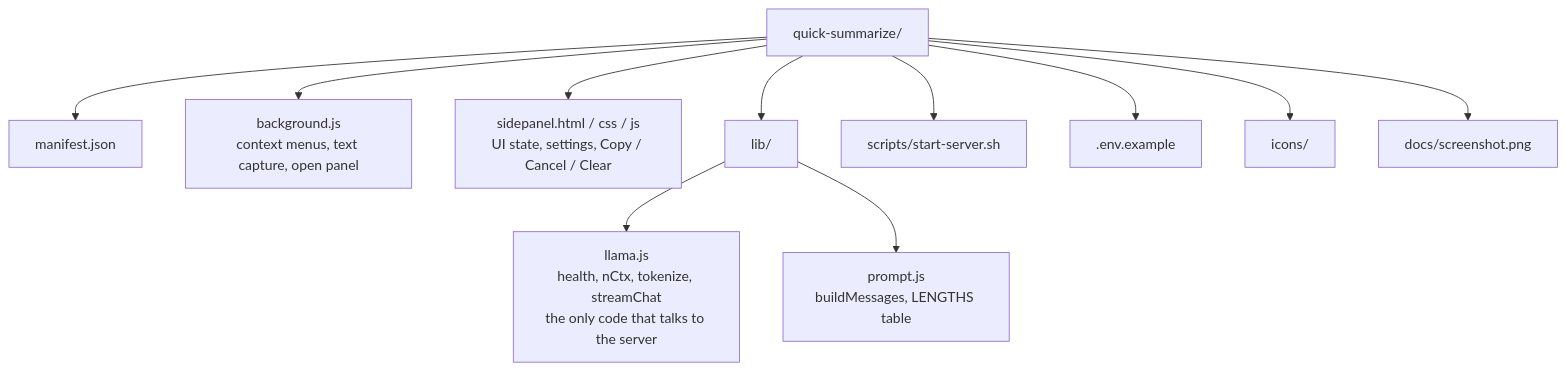
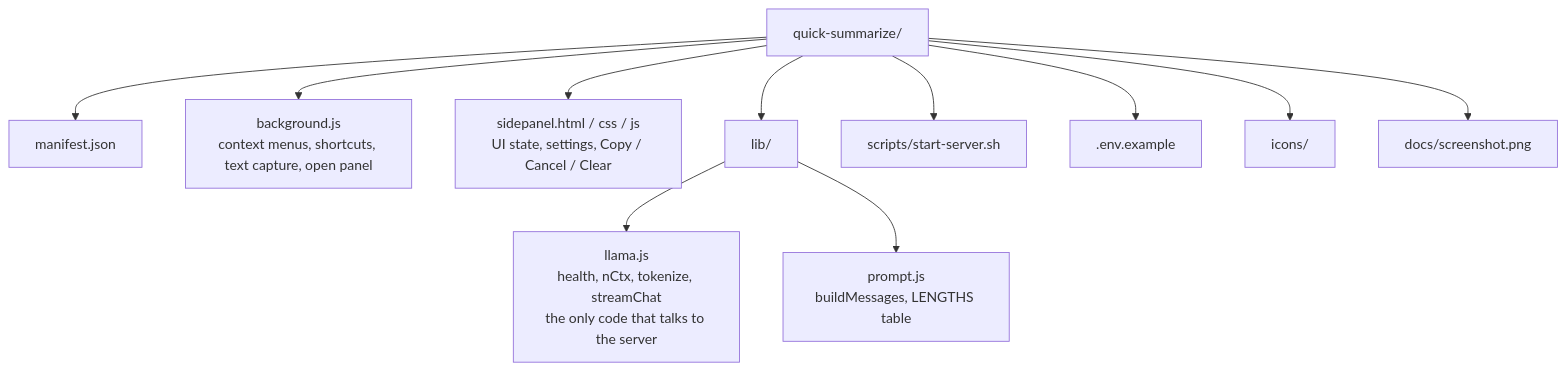
One commit to SeanLangre/quick-summarize changed the second of 3 diagrams in README.md. Above: the diagram before and after it, drawn with Mermaid. The commit also changed other lines of this file and 4 other files, not shown here.

````diff
--- a/README.md
+++ b/README.md
@@ -85,14 +86,14 @@
 ```mermaid
 flowchart TD
     root["quick-summarize/"]
     root --> manifest["manifest.json"]
-    root --> bg["background.js<br/>context menus, text capture, open panel"]
+    root --> bg["background.js<br/>context menus, shortcuts, text capture, open panel"]
     root --> sp["sidepanel.html / css / js<br/>UI state, settings, Copy / Cancel / Clear"]
     root --> lib["lib/"]
     lib --> llama["llama.js<br/>health, nCtx, tokenize, streamChat<br/>the only code that talks to the server"]
     lib --> prompt["prompt.js<br/>buildMessages, LENGTHS table"]
     root --> scripts["scripts/start-server.sh"]
     root --> env[".env.example"]
     root --> icons["icons/"]
     root --> docs["docs/screenshot.png"]
 ```
````
